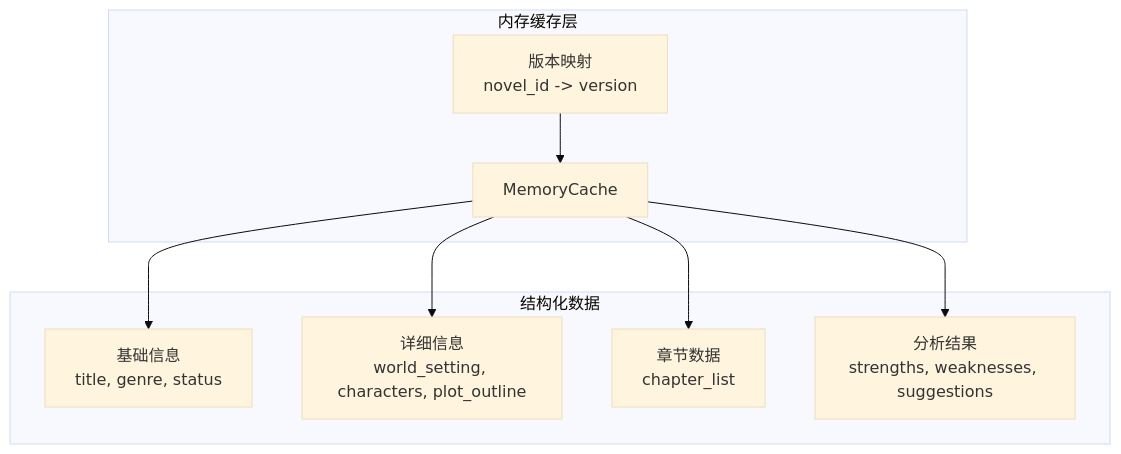
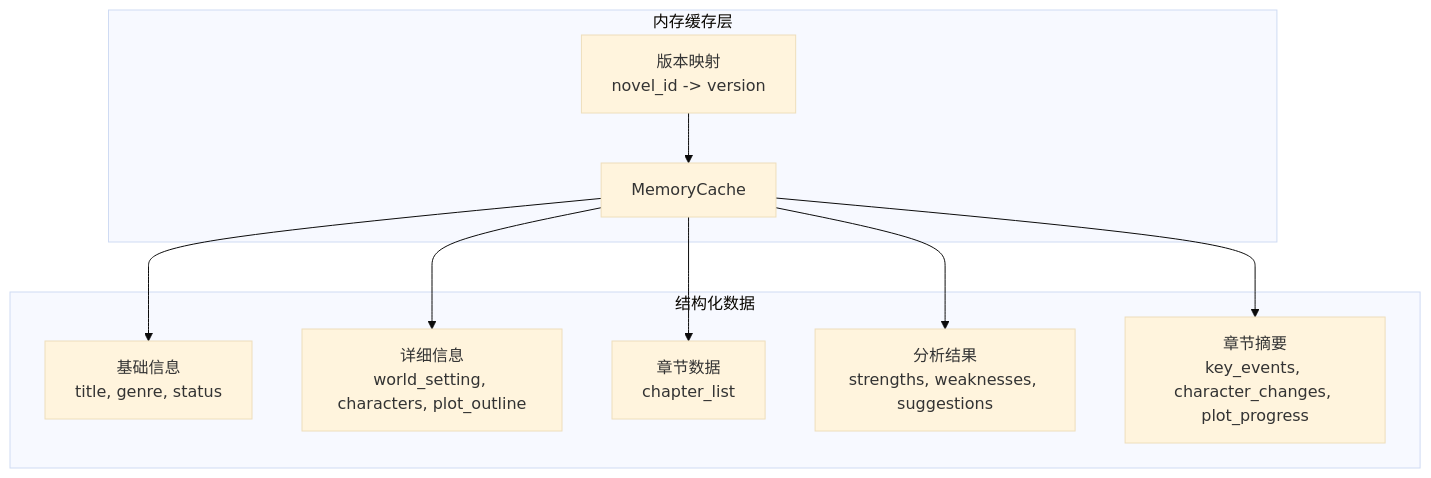
One commit to xfbyxq/ai-novel-system changed the tenth of 25 diagrams in .qoder/repowiki/zh/content/Ai Chat Service.md. Above: the diagram before and after it, drawn with Mermaid (base theme). The commit also changed other lines of this file and 19 other files, not shown here.

First line of the commit message:
feat(graph): 新增图数据库完整支持与AI聊天集成

````diff
--- a/.qoder/repowiki/zh/content/Ai Chat Service.md
+++ b/.qoder/repowiki/zh/content/Ai Chat Service.md
@@ -406,18 +447,20 @@
 ```mermaid
 graph TB
 subgraph "内存缓存层"
 Cache[MemoryCache]
 Version[版本映射<br/>novel_id -> version]
 end
 subgraph "结构化数据"
 Base[基础信息<br/>title, genre, status]
 Details[详细信息<br/>world_setting, characters, plot_outline]
 Chapters[章节数据<br/>chapter_list]
 Analysis[分析结果<br/>strengths, weaknesses, suggestions]
+ChapterSummaries[章节摘要<br/>key_events, character_changes, plot_progress]
 end
 Cache --> Base
 Cache --> Details
 Cache --> Chapters
 Cache --> Analysis
+Cache --> ChapterSummaries
 Version --> Cache
 ```
````
